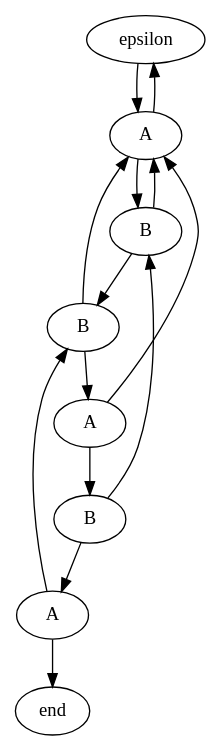
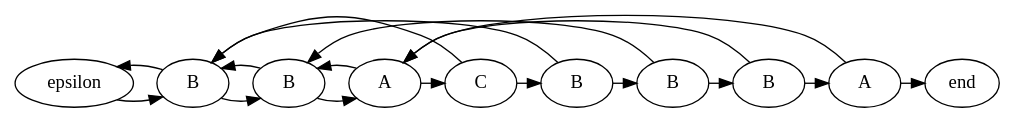
One commit to s194042/Algo2Helpers changed the diagram in output/Automata.gv. Above: the diagram before and after it, drawn with Graphviz. The commit also changed 8 other files, not shown here.

```diff
--- a/output/Automata.gv
+++ b/output/Automata.gv
@@ -1,25 +1,35 @@
 // png
 digraph Automata {
-	edge [len=2.0]
-	epsilon [label=epsilon]
-	end [label=end]
-	0 [label=A]
-	1 [label=B]
-	2 [label=B]
-	3 [label=A]
-	4 [label=B]
-	5 [label=A]
-	epsilon -> 0
-	5 -> end
-	0 -> 1
-	1 -> 2
-	2 -> 3
-	3 -> 4
-	4 -> 5
-	0 -> epsilon
-	1 -> 0
-	2 -> 0
-	3 -> 0
-	4 -> 1
-	5 -> 2
+	{
+		graph [rankdir=LR]
+		edge [len=2.0]
+		rank=same
+		epsilon [label=epsilon]
+		end [label=end]
+		0 [label=B]
+		1 [label=B]
+		2 [label=A]
+		3 [label=C]
+		4 [label=B]
+		5 [label=B]
+		6 [label=B]
+		7 [label=A]
+		epsilon -> 0
+		7 -> end
+		0 -> 1
+		1 -> 2
+		2 -> 3
+		3 -> 4
+		4 -> 5
+		5 -> 6
+		6 -> 7
+		0 -> epsilon
+		1 -> 0
+		2 -> 1
+		3 -> 0
+		4 -> 0
+		5 -> 1
+		6 -> 2
+		7 -> 2
+	}
 }
```
